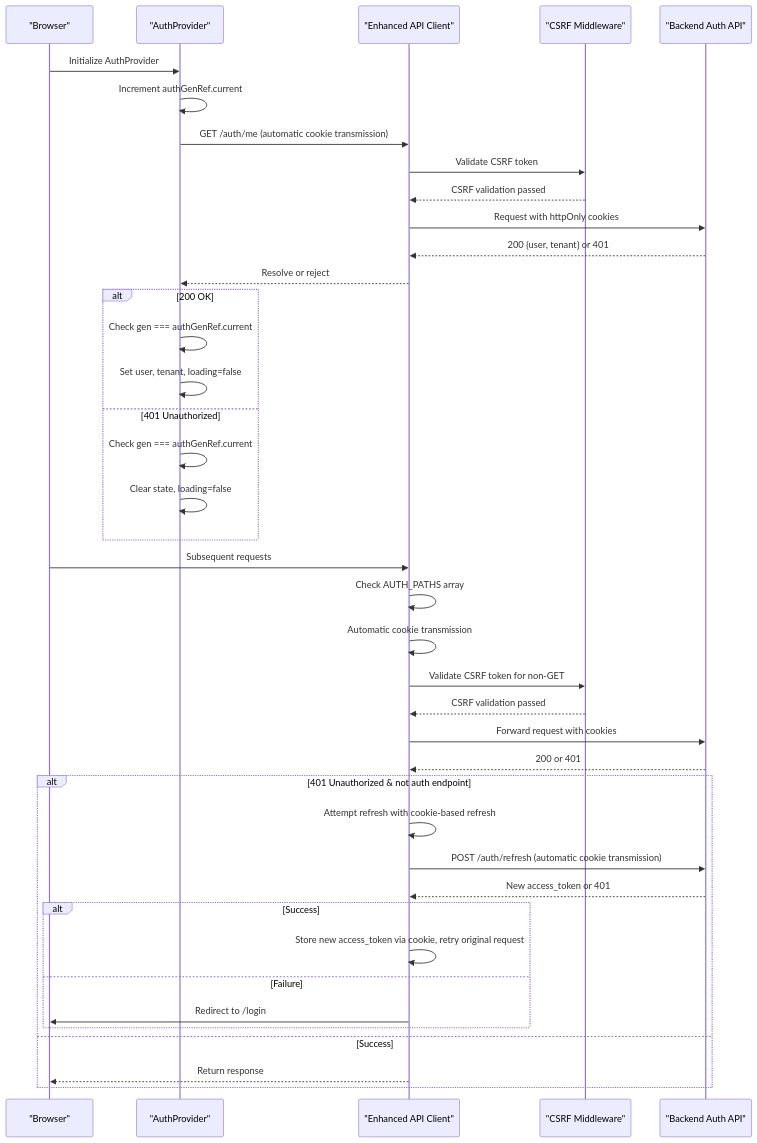
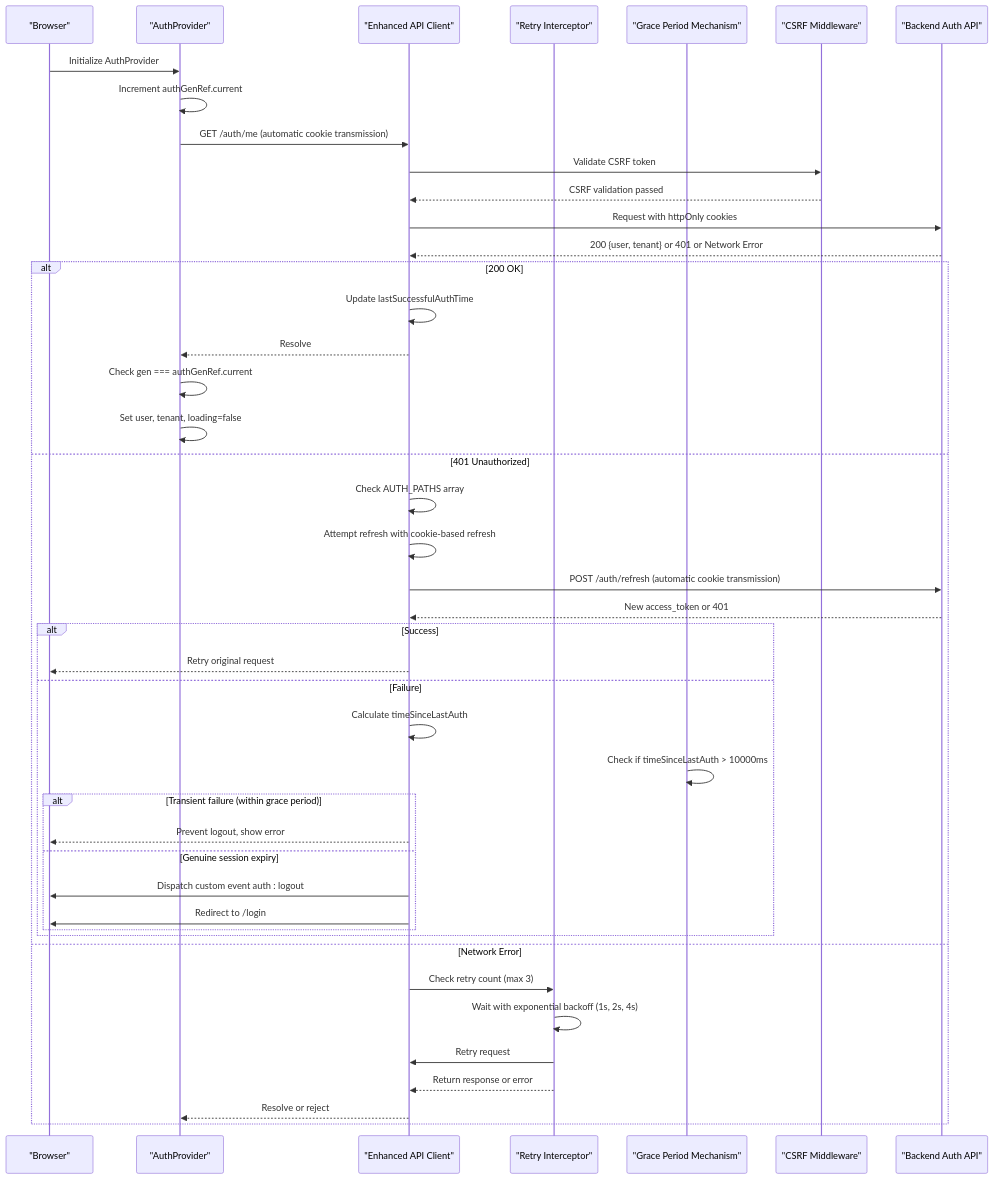
One commit to Revanththetalogics/aireume changed the second of 13 diagrams in .qoder/repowiki/en/content/Authentication & Authorization/Frontend Authentication Context.md. Above: the diagram before and after it, drawn with Mermaid. The commit also changed other lines of this file and 15 other files, not shown here.

````diff
--- a/.qoder/repowiki/en/content/Authentication & Authorization/Frontend Authentication Context.md
+++ b/.qoder/repowiki/en/content/Authentication & Authorization/Frontend Authentication Context.md
@@ -134,42 +148,46 @@
 ```mermaid
 sequenceDiagram
 participant Browser as "Browser"
 participant Provider as "AuthProvider"
 participant API as "Enhanced API Client"
+participant Retry as "Retry Interceptor"
+participant Grace as "Grace Period Mechanism"
 participant CSRF as "CSRF Middleware"
 participant Backend as "Backend Auth API"
 Browser->>Provider : Initialize AuthProvider
 Provider->>Provider : Increment authGenRef.current
 Provider->>API : GET /auth/me (automatic cookie transmission)
 API->>CSRF : Validate CSRF token
 CSRF-->>API : CSRF validation passed
 API->>Backend : Request with httpOnly cookies
-Backend-->>API : 200 {user, tenant} or 401
-API-->>Provider : Resolve or reject
+Backend-->>API : 200 {user, tenant} or 401 or Network Error
 alt 200 OK
+API->>API : Update lastSuccessfulAuthTime
+API-->>Provider : Resolve
 Provider->>Provider : Check gen === authGenRef.current
 Provider->>Provider : Set user, tenant, loading=false
 else 401 Unauthorized
-Provider->>Provider : Check gen === authGenRef.current
-Provider->>Provider : Clear state, loading=false
-end
-Browser->>API : Subsequent requests
 API->>API : Check AUTH_PATHS array
-API->>API : Automatic cookie transmission
-API->>CSRF : Validate CSRF token for non-GET
-CSRF-->>API : CSRF validation passed
-API->>Backend : Forward request with cookies
-Backend-->>API : 200 or 401
-alt 401 Unauthorized & not auth endpoint
 API->>API : Attempt refresh with cookie-based refresh
 API->>Backend : POST /auth/refresh (automatic cookie transmission)
 Backend-->>API : New access_token or 401
 alt Success
-API->>API : Store new access_token via cookie, retry original request
+API-->>Browser : Retry original request
 else Failure
+API->>API : Calculate timeSinceLastAuth
+Grace->>Grace : Check if timeSinceLastAuth > 10000ms
+alt Transient failure (within grace period)
+API-->>Browser : Prevent logout, show error
+else Genuine session expiry
+API->>Browser : Dispatch custom event auth : logout
 API->>Browser : Redirect to /login
 end
-else Success
-API-->>Browser : Return response
+end
+else Network Error
+API->>Retry : Check retry count (max 3)
+Retry->>Retry : Wait with exponential backoff (1s, 2s, 4s)
+Retry->>API : Retry request
+Retry-->>API : Return response or error
+API-->>Provider : Resolve or reject
 end
 ```
````
